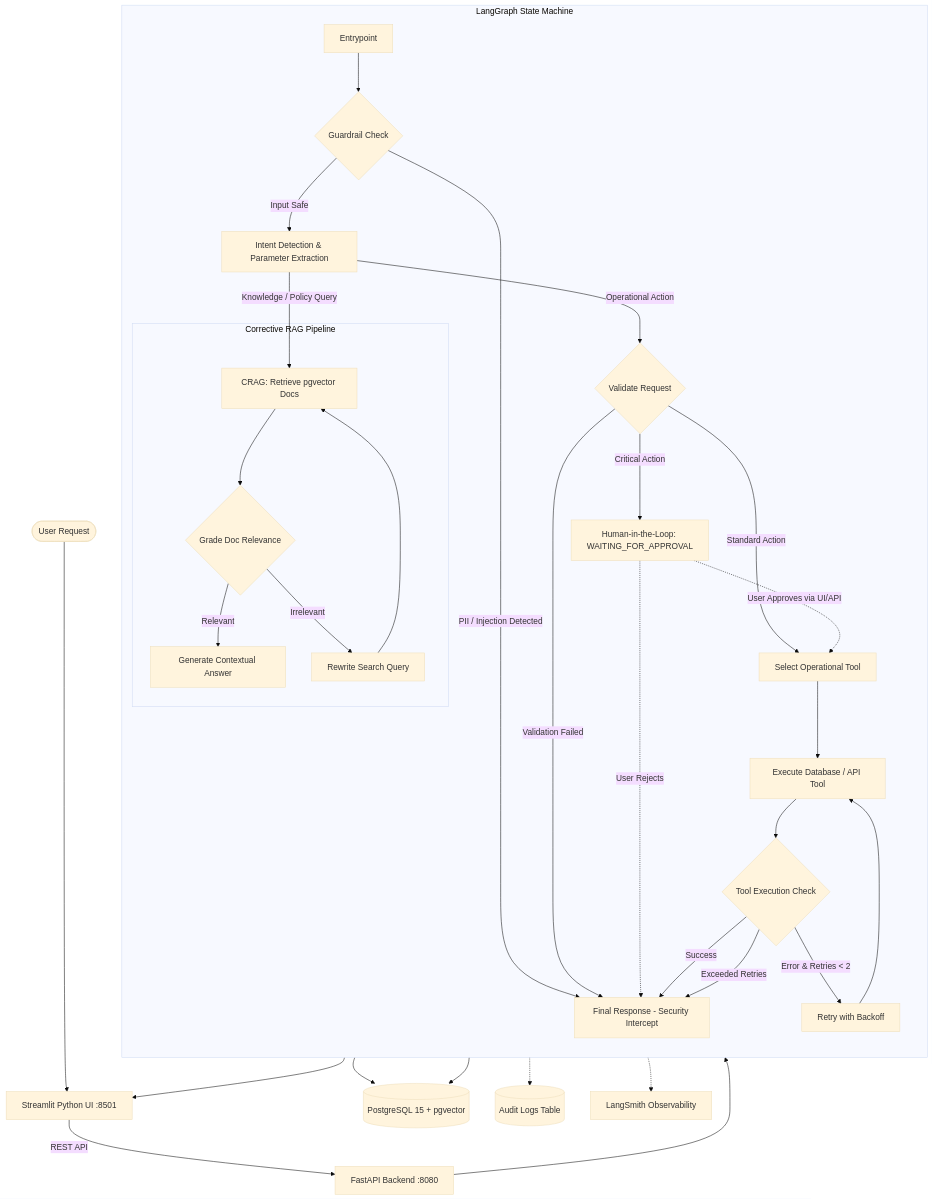
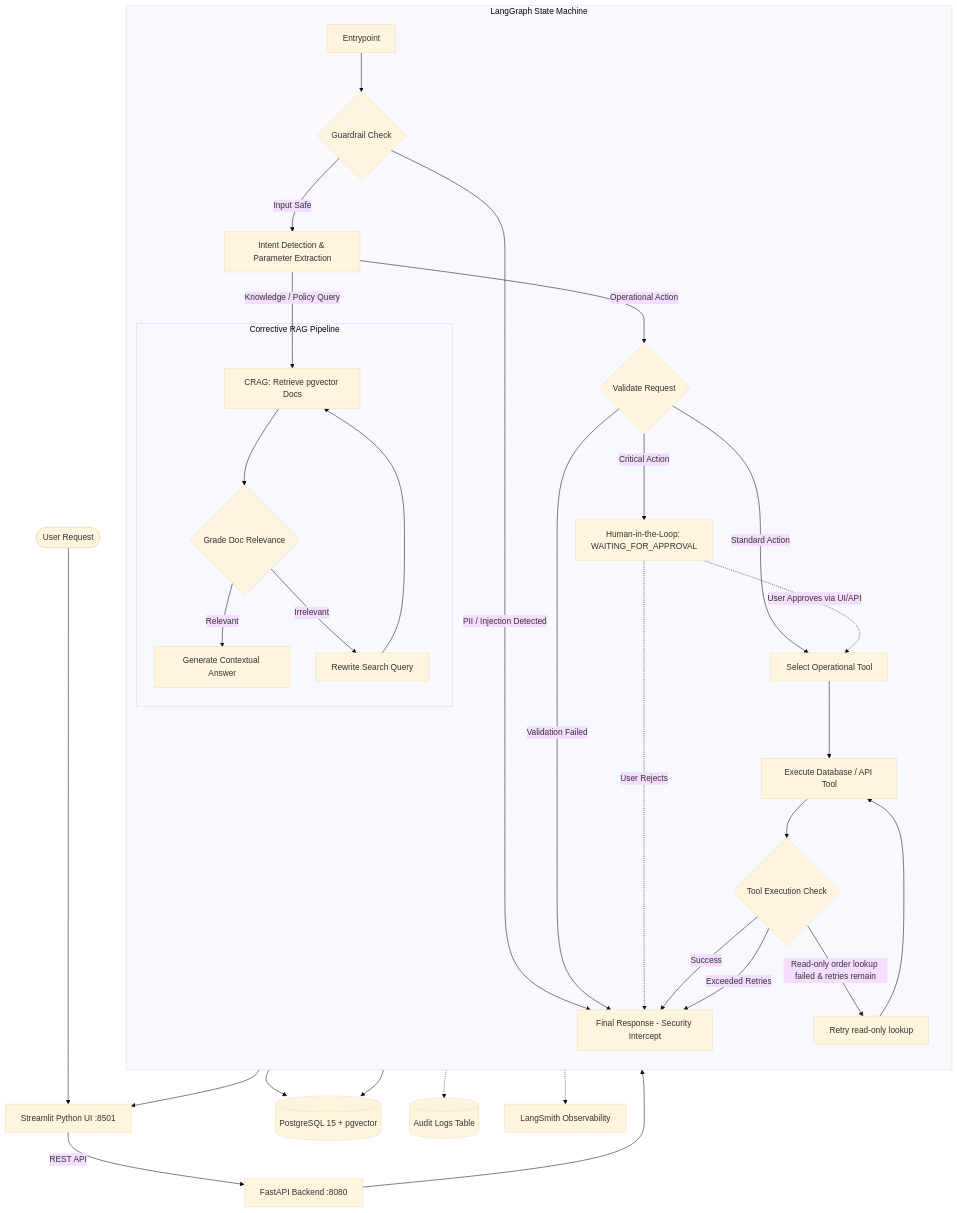
The diagram in README.md (Giresh-458/ai-operations-agent), drawn with Mermaid (base theme) before and after one commit. The commit also changed other lines of this file, not shown here.

````diff
--- a/README.md
+++ b/README.md
@@ -18,42 +18,42 @@
 ```mermaid
 flowchart TD
     User([User Request]) --> UI[Streamlit Python UI :8501]
     UI -->|REST API| API[FastAPI Backend :8080]
     
     subgraph Agentic_Workflow [LangGraph State Machine]
         direction TB
         Entry[Entrypoint] --> Guardrail{Guardrail Check}
         Guardrail -->|PII / Injection Detected| SafeResponse[Final Response - Security Intercept]
         Guardrail -->|Input Safe| Understand[Intent Detection & Parameter Extraction]
         
         Understand -->|Operational Action| Validate{Validate Request}
         Understand -->|Knowledge / Policy Query| Retrieve[CRAG: Retrieve pgvector Docs]
         
         subgraph CRAG_Pipeline [Corrective RAG Pipeline]
             Retrieve --> Grade{Grade Doc Relevance}
             Grade -->|Relevant| Generate[Generate Contextual Answer]
             Grade -->|Irrelevant| Rewrite[Rewrite Search Query]
             Rewrite --> Retrieve
         end
         
         Validate -->|Validation Failed| SafeResponse
         Validate -->|Critical Action| HITL[Human-in-the-Loop: WAITING_FOR_APPROVAL]
         Validate -->|Standard Action| SelectTool[Select Operational Tool]
         
         HITL -.->|User Approves via UI/API| SelectTool
         HITL -.->|User Rejects| SafeResponse
         
         SelectTool --> ExecTool[Execute Database / API Tool]
         ExecTool --> CheckResult{Tool Execution Check}
         CheckResult -->|Success| SafeResponse
-        CheckResult -->|Error & Retries < 2| RetryNode[Retry with Backoff] --> ExecTool
+        CheckResult -->|Read-only order lookup failed & retries remain| RetryNode[Retry read-only lookup] --> ExecTool
         CheckResult -->|Exceeded Retries| SafeResponse
     end
 
     API --> Agentic_Workflow
     ExecTool --> DB[(PostgreSQL 15 + pgvector)]
     Retrieve --> DB
     Agentic_Workflow -.-> Audit[(Audit Logs Table)]
     Agentic_Workflow -.-> Tracing[LangSmith Observability]
     SafeResponse --> UI
 ```
````
